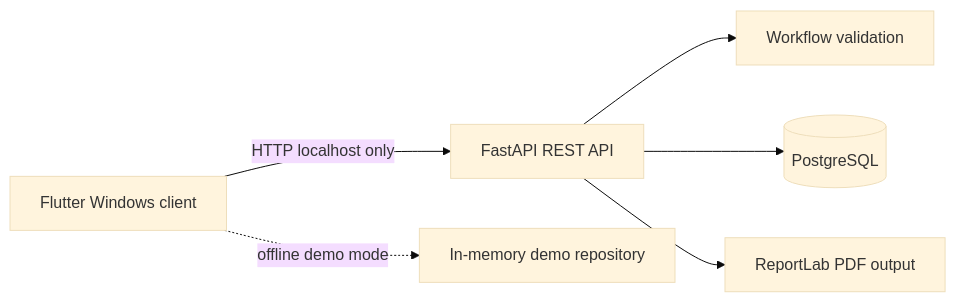
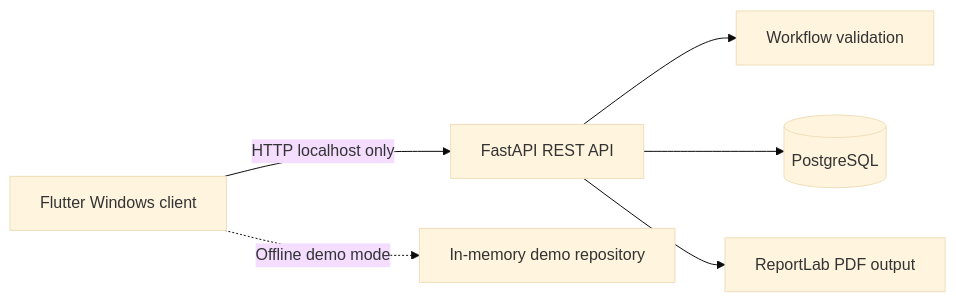
One commit to FranciscoRodrigues94/complaint-management-flow changed the first of 2 diagrams in docs/ARCHITECTURE.md. Above: the diagram before and after it, drawn with Mermaid (base theme). The commit also changed other lines of this file, not shown here.

Commit message:
docs: update architecture with quality costs and CI

````diff
--- a/docs/ARCHITECTURE.md
+++ b/docs/ARCHITECTURE.md
@@ -5,8 +5,8 @@
 ```mermaid
 flowchart LR
-  W[Flutter Windows client] -->|HTTP localhost only| A[FastAPI REST API]
-  A --> R[Workflow validation]
-  A --> P[(PostgreSQL)]
-  A --> D[ReportLab PDF output]
-  W -. offline demo mode .-> M[In-memory demo repository]
+    W[Flutter Windows client] -->|HTTP localhost only| A[FastAPI REST API]
+    A --> R[Workflow validation]
+    A --> P[(PostgreSQL)]
+    A --> D[ReportLab PDF output]
+    W -.->|Offline demo mode| M[In-memory demo repository]
 ```
````
